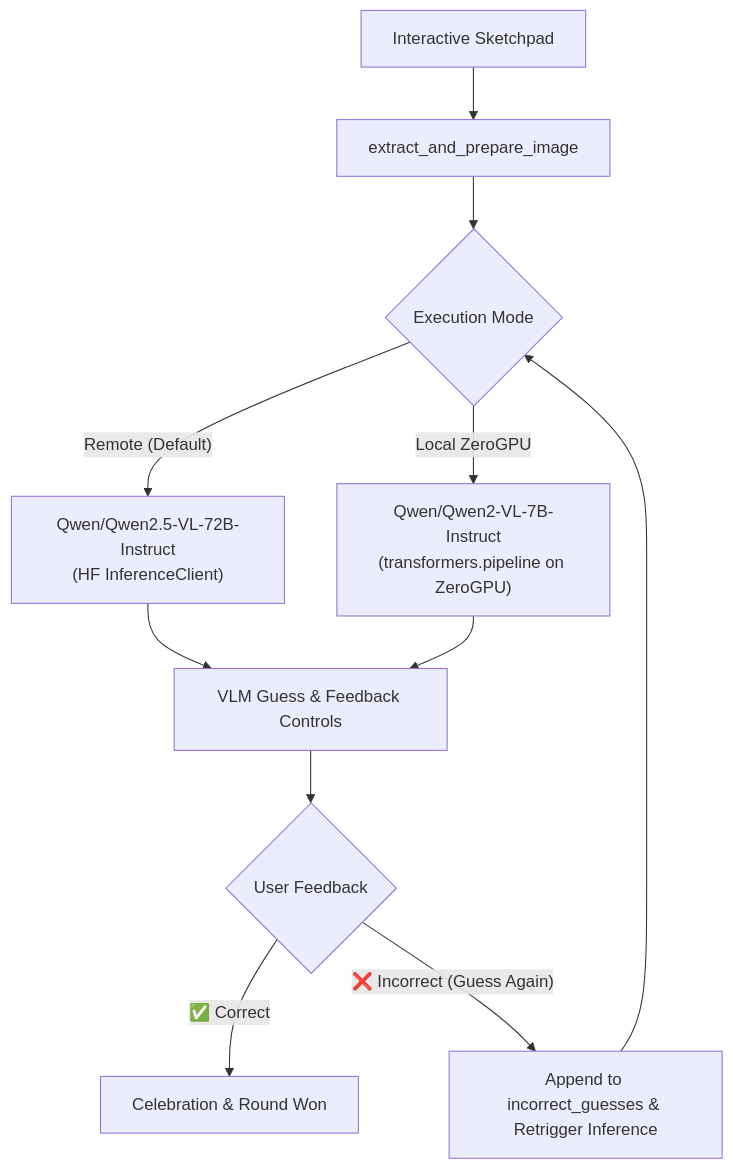
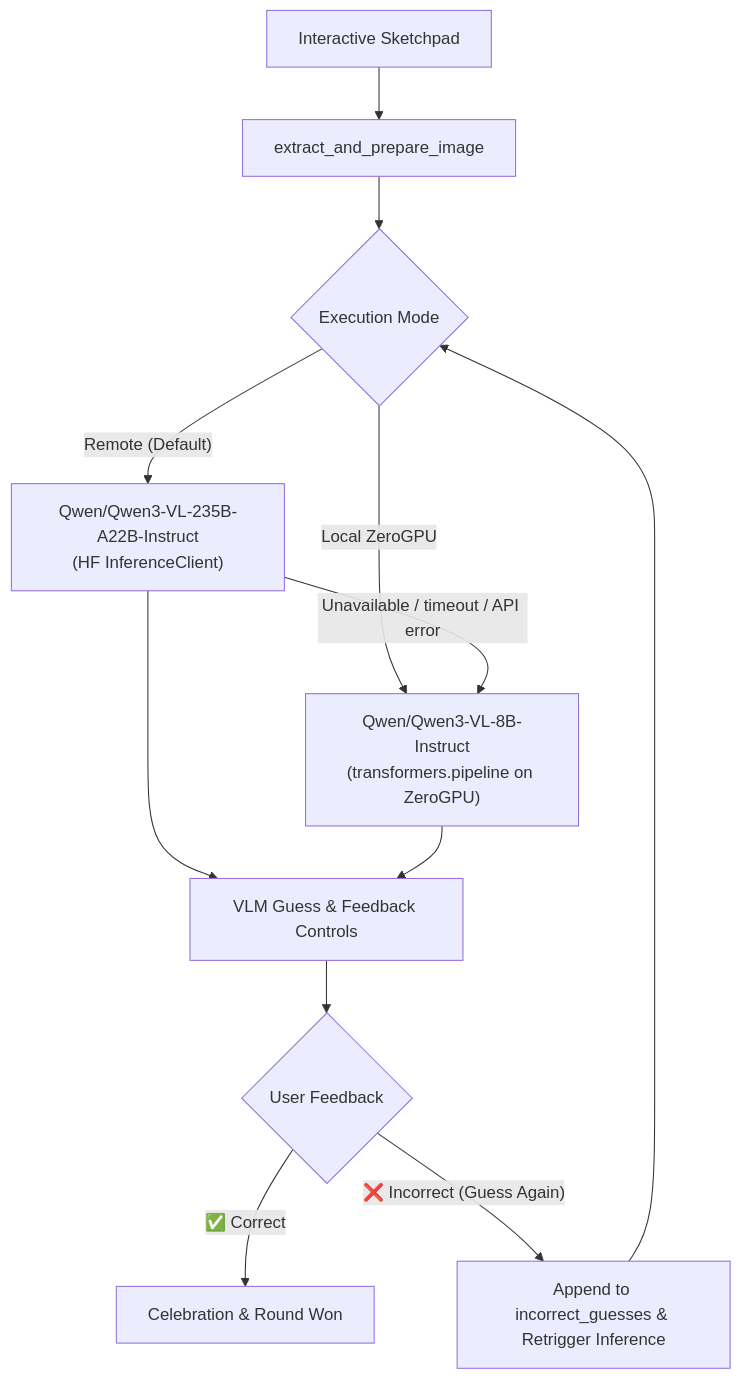
The diagram in README.md (abugb/Case-Study-1), drawn with Mermaid before and after one commit. The commit also changed other lines of this file and 3 other files, not shown here.

````diff
--- a/README.md
+++ b/README.md
@@ -37,13 +37,14 @@
 ```mermaid
 flowchart TD
     A["Interactive Sketchpad"] --> B["extract_and_prepare_image"]
     B --> C{"Execution Mode"}
-    C -->|"Remote (Default)"| D["Qwen/Qwen2.5-VL-72B-Instruct<br/>(HF InferenceClient)"]
-    C -->|"Local ZeroGPU"| E["Qwen/Qwen2-VL-7B-Instruct<br/>(transformers.pipeline on ZeroGPU)"]
+    C -->|"Remote (Default)"| D["Qwen/Qwen3-VL-235B-A22B-Instruct<br/>(HF InferenceClient)"]
+    C -->|"Local ZeroGPU"| E["Qwen/Qwen3-VL-8B-Instruct<br/>(transformers.pipeline on ZeroGPU)"]
+    D -->|"Unavailable / timeout / API error"| E
     D --> F["VLM Guess & Feedback Controls"]
     E --> F
     F --> G{"User Feedback"}
     G -->|"✅ Correct"| H["Celebration & Round Won"]
     G -->|"❌ Incorrect (Guess Again)"| I["Append to incorrect_guesses & Retrigger Inference"]
     I --> C
 ```
````
